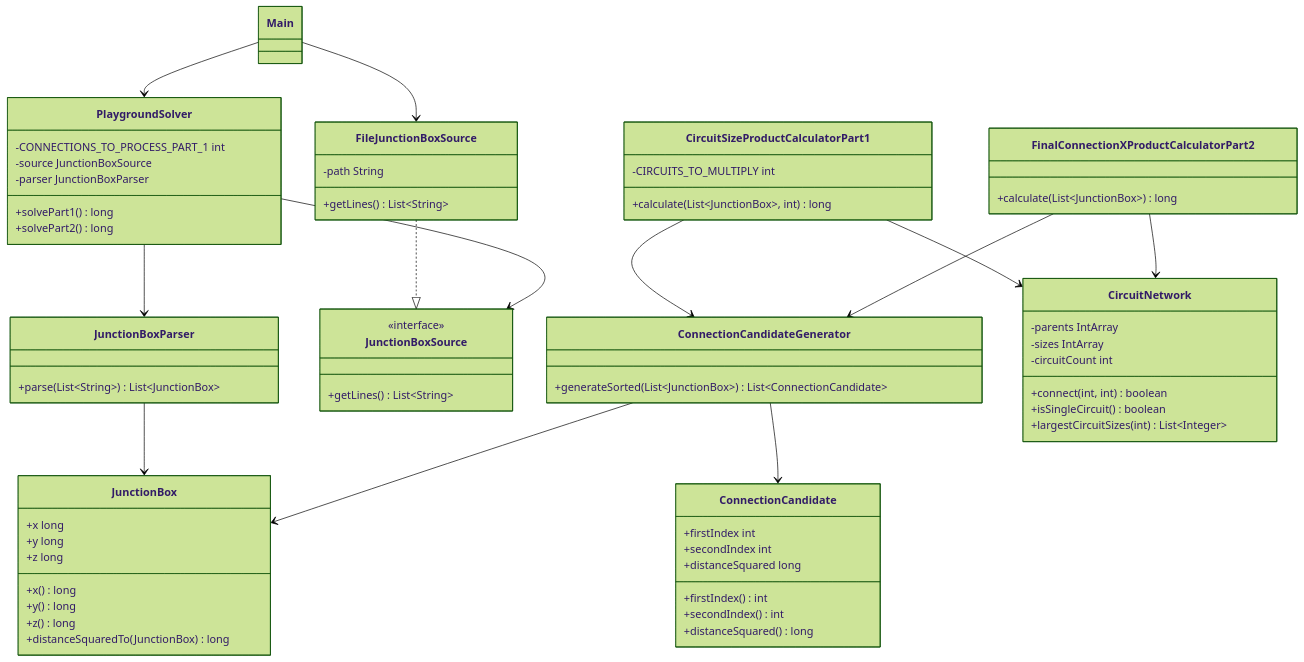
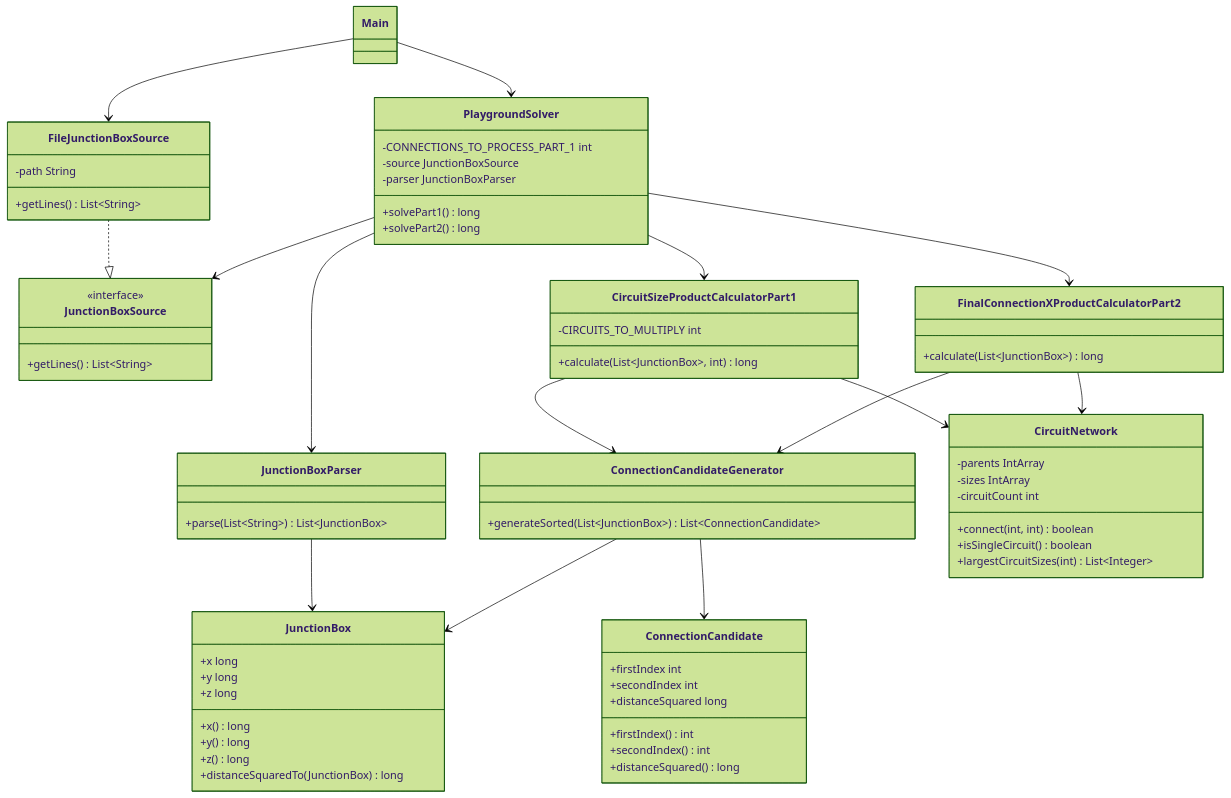
The diagram in dia8/README.md (JavierGlezVel/AoC2025), drawn with Mermaid (forest theme) before and after one commit. The commit also changed 7 other files, not shown here.

````diff
--- a/dia8/README.md
+++ b/dia8/README.md
@@ -270,70 +270,72 @@
 ```mermaid
 classDiagram
     class Main
     class PlaygroundSolver {
         -CONNECTIONS_TO_PROCESS_PART_1 int
         -source JunctionBoxSource
         -parser JunctionBoxParser
         +solvePart1() long
         +solvePart2() long
     }
     class JunctionBoxParser {
         +parse(List~String~) List~JunctionBox~
     }
     class JunctionBoxSource {
         <<interface>>
         +getLines() List~String~
     }
     class FileJunctionBoxSource {
         -path String
         +getLines() List~String~
     }
     class JunctionBox {
         +x long
         +y long
         +z long
         +x() long
         +y() long
         +z() long
         +distanceSquaredTo(JunctionBox) long
     }
     class ConnectionCandidate {
         +firstIndex int
         +secondIndex int
         +distanceSquared long
         +firstIndex() int
         +secondIndex() int
         +distanceSquared() long
     }
     class ConnectionCandidateGenerator {
         +generateSorted(List~JunctionBox~) List~ConnectionCandidate~
     }
     class CircuitNetwork {
         -parents IntArray
         -sizes IntArray
         -circuitCount int
         +connect(int, int) boolean
         +isSingleCircuit() boolean
         +largestCircuitSizes(int) List~Integer~
     }
     class CircuitSizeProductCalculatorPart1 {
         -CIRCUITS_TO_MULTIPLY int
         +calculate(List~JunctionBox~, int) long
     }
     class FinalConnectionXProductCalculatorPart2 {
         +calculate(List~JunctionBox~) long
     }
 
     Main --> PlaygroundSolver
     Main --> FileJunctionBoxSource
     FileJunctionBoxSource ..|> JunctionBoxSource
     PlaygroundSolver --> JunctionBoxSource
     PlaygroundSolver --> JunctionBoxParser
+    PlaygroundSolver --> CircuitSizeProductCalculatorPart1
+    PlaygroundSolver --> FinalConnectionXProductCalculatorPart2
     JunctionBoxParser --> JunctionBox
     ConnectionCandidateGenerator --> JunctionBox
     ConnectionCandidateGenerator --> ConnectionCandidate
     CircuitSizeProductCalculatorPart1 --> ConnectionCandidateGenerator
     CircuitSizeProductCalculatorPart1 --> CircuitNetwork
     FinalConnectionXProductCalculatorPart2 --> ConnectionCandidateGenerator
     FinalConnectionXProductCalculatorPart2 --> CircuitNetwork
 ```
````
